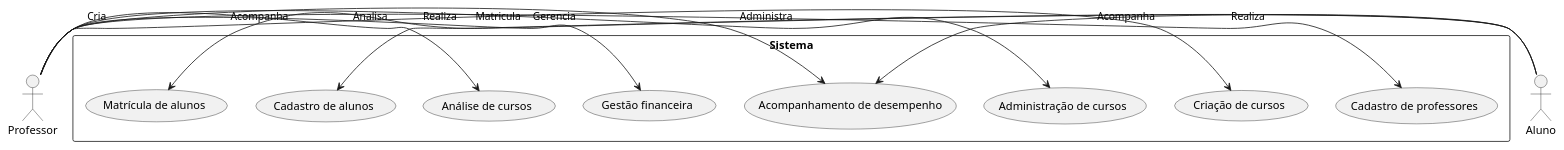
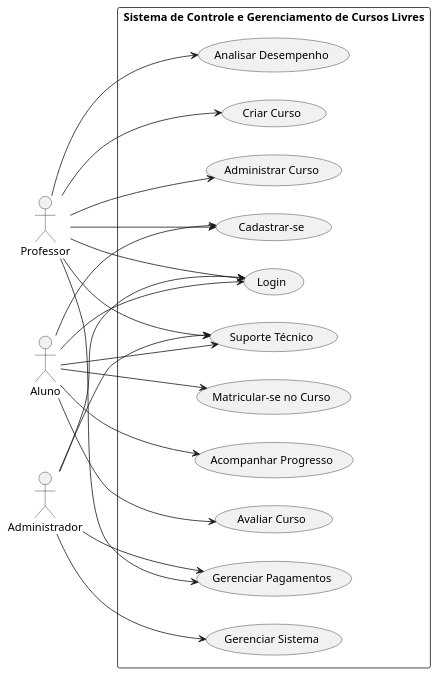
Before and after one commit to Vitor-rs/AgePlan_backend_project: the diagram in docs/_backend_docs/diagramas/use_case.iuml, drawn with PlantUML.

Commit message:
Alterações diagrama

```diff
--- a/docs/_backend_docs/diagramas/use_case.iuml
+++ b/docs/_backend_docs/diagramas/use_case.iuml
@@ -1,29 +1,43 @@
 @startuml
+left to right direction
 
+actor Professor
+actor Aluno
+actor Administrador
 
-actor "Professor" as professor
-actor "Aluno" as aluno
+rectangle "Sistema de Controle e Gerenciamento de Cursos Livres" {
 
-rectangle Sistema {
-    usecase "Cadastro de professores" as UC1
-    usecase "Cadastro de alunos" as UC2
-    usecase "Criação de cursos" as UC3
-    usecase "Administração de cursos" as UC4
-    usecase "Matrícula de alunos" as UC5
-    usecase "Acompanhamento de desempenho" as UC6
-    usecase "Gestão financeira" as UC7
-    usecase "Análise de cursos" as UC8
+    usecase "Cadastrar-se" as UC1
+    usecase "Login" as UC2
+    usecase "Criar Curso" as UC3
+    usecase "Administrar Curso" as UC4
+    usecase "Matricular-se no Curso" as UC5
+    usecase "Acompanhar Progresso" as UC6
+    usecase "Gerenciar Pagamentos" as UC7
+    usecase "Analisar Desempenho" as UC8
+    usecase "Avaliar Curso" as UC9
+    usecase "Suporte Técnico" as UC10
+    usecase "Gerenciar Sistema" as UC11
+
+    Professor --> UC1
+    Professor --> UC2
+    Professor --> UC3
+    Professor --> UC4
+    Professor --> UC7
+    Professor --> UC8
+    Professor --> UC10
+
+    Aluno --> UC1
+    Aluno --> UC2
+    Aluno --> UC5
+    Aluno --> UC6
+    Aluno --> UC9
+    Aluno --> UC10
+
+    Administrador --> UC2
+    Administrador --> UC7
+    Administrador --> UC11
+    Administrador --> UC10
 }
 
-professor -> UC1 : Realiza
-professor -> UC3 : Cria
-professor -> UC4 : Administra
-professor -> UC6 : Acompanha
-professor -> UC7 : Gerencia
-professor -> UC8 : Analisa
-
-aluno -> UC2 : Realiza
-aluno -> UC5 : Matricula
-aluno -> UC6 : Acompanha
-
 @enduml
```
